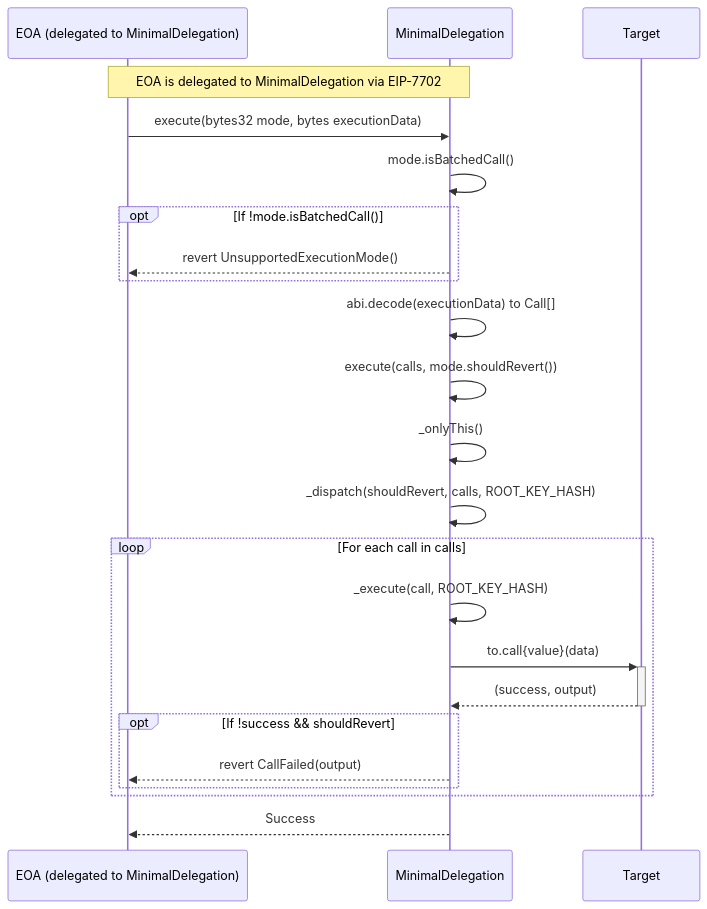
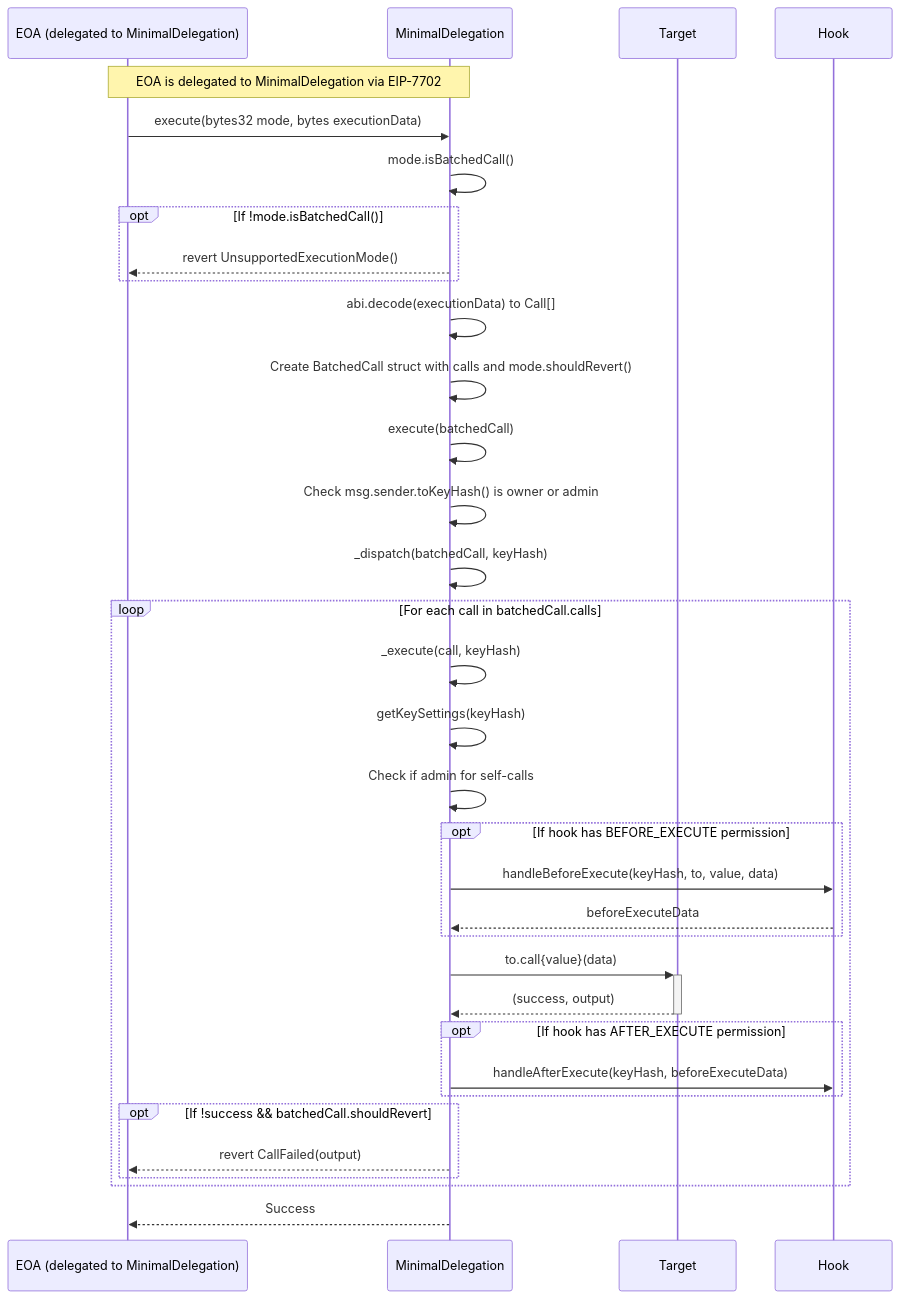
Before and after one commit to Uniswap/minimal-delegation: the fourth of 6 diagrams in README.md, drawn with Mermaid. The commit also changed other lines of this file, not shown here.

````diff
--- a/README.md
+++ b/README.md
@@ -140,29 +199,44 @@
 ```mermaid
 sequenceDiagram
     participant SignerAccount as EOA (delegated to MinimalDelegation)
     participant Account as MinimalDelegation
     participant Target
+    participant Hook
     
     Note over SignerAccount, Account: EOA is delegated to MinimalDelegation via EIP-7702
     SignerAccount->>Account: execute(bytes32 mode, bytes executionData)
     Account->>Account: mode.isBatchedCall()
     opt If !mode.isBatchedCall()
         Account-->>SignerAccount: revert UnsupportedExecutionMode()
     end
     
     Account->>Account: abi.decode(executionData) to Call[]
-    Account->>Account: execute(calls, mode.shouldRevert())
-    Account->>Account: _onlyThis()
-    Account->>Account: _dispatch(shouldRevert, calls, ROOT_KEY_HASH)
+    Account->>Account: Create BatchedCall struct with calls and mode.shouldRevert()
+    Account->>Account: execute(batchedCall)
+    Account->>Account: Check msg.sender.toKeyHash() is owner or admin
+    Account->>Account: _dispatch(batchedCall, keyHash)
     
-    loop For each call in calls
-        Account->>Account: _execute(call, ROOT_KEY_HASH)
+    loop For each call in batchedCall.calls
+        Account->>Account: _execute(call, keyHash)
+        Account->>Account: getKeySettings(keyHash)
+        Account->>Account: Check if admin for self-calls
+        
+        opt If hook has BEFORE_EXECUTE permission
+            Account->>Hook: handleBeforeExecute(keyHash, to, value, data)
+            Hook-->>Account: beforeExecuteData
+        end
+        
         Account->>+Target: to.call{value}(data)
         Target-->>-Account: (success, output)
-        opt If !success && shouldRevert
+        
+        opt If hook has AFTER_EXECUTE permission
+            Account->>Hook: handleAfterExecute(keyHash, beforeExecuteData)
+        end
+        
+        opt If !success && batchedCall.shouldRevert
             Account-->>SignerAccount: revert CallFailed(output)
         end
     end
     
     Account-->>SignerAccount: Success
 ```
````
